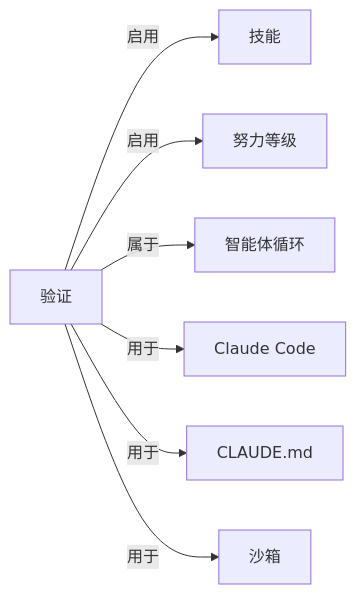
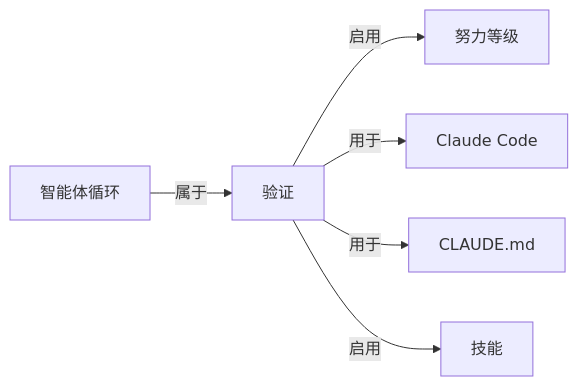
One commit to yibie/claude-best-practices-zh changed the diagram in wiki/验证.md. Above: the diagram before and after it, drawn with Mermaid. The commit also changed other lines of this file and 407 other files, not shown here.

Commit message:
feat: DeepSeek 三遍审校（译文/关系/图谱）+ 可部署静态站点

````diff
--- a/wiki/验证.md
+++ b/wiki/验证.md
@@ -48,10 +49,9 @@
 ```mermaid
 graph LR
   C["验证"]
-  C -->|启用| N0["技能"]
-  C -->|启用| N1["努力等级"]
-  C -->|属于| N2["智能体循环"]
-  C -->|用于| N3["Claude Code"]
-  C -->|用于| N4["CLAUDE.md"]
-  C -->|用于| N5["沙箱"]
+  C -->|启用| N0["努力等级"]
+  C -->|用于| N1["Claude Code"]
+  C -->|用于| N2["CLAUDE.md"]
+  C -->|启用| N3["技能"]
+  N4["智能体循环"] -->|属于| C
 ```
````
